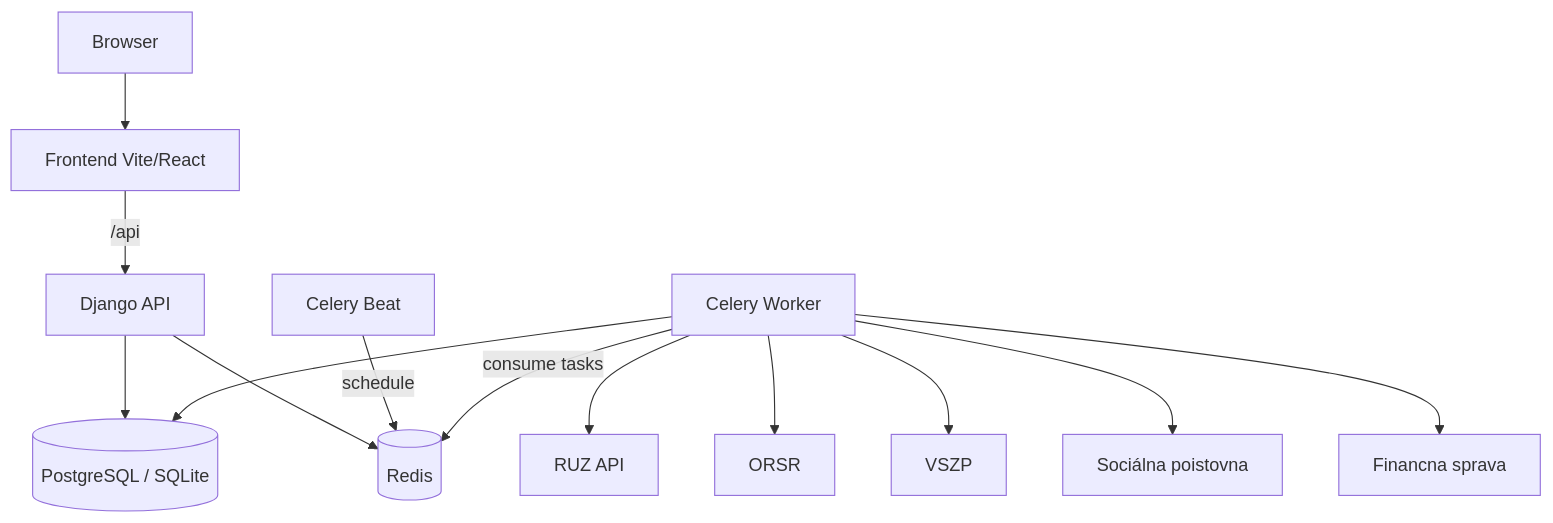
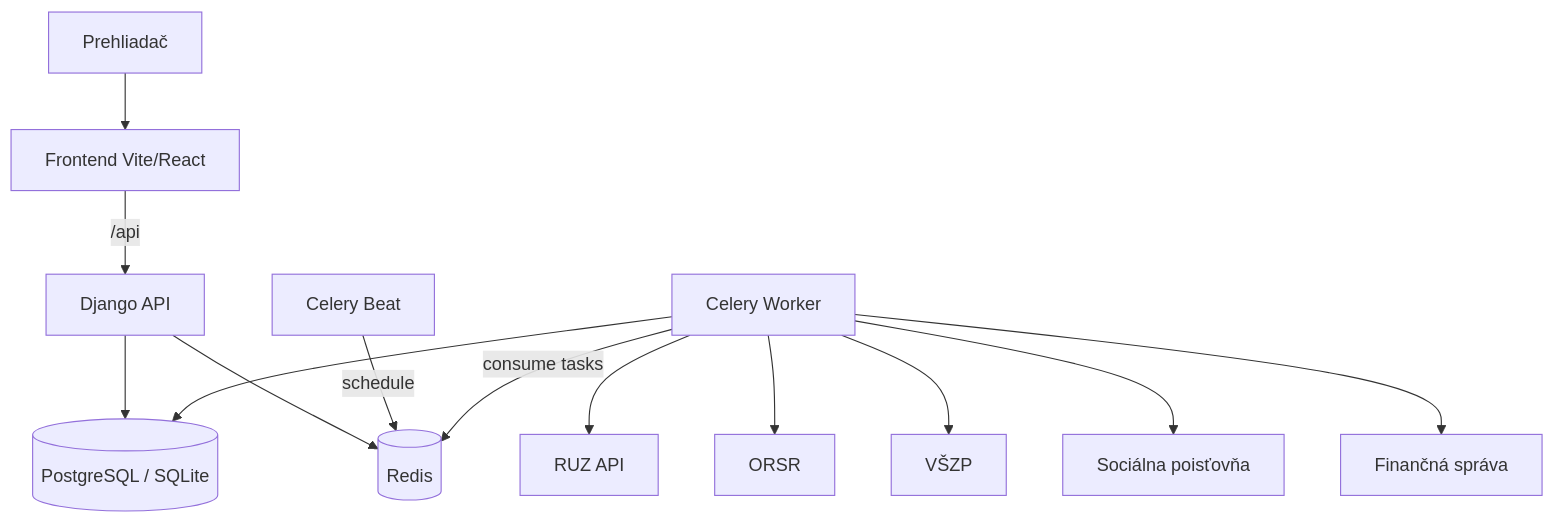
One commit to xsugra/cistafirma.sk changed the first of 2 diagrams in docs/ARCHITECTURE.md. Above: the diagram before and after it, drawn with Mermaid. The commit also changed other lines of this file and 36 other files, not shown here.

````diff
--- a/docs/ARCHITECTURE.md
+++ b/docs/ARCHITECTURE.md
@@ -18,18 +18,18 @@
 ```mermaid
 flowchart TD
-    Browser[Browser] --> Frontend[Frontend Vite/React]
+    Browser[Prehliadač] --> Frontend[Frontend Vite/React]
     Frontend -->|/api| Django[Django API]
 
     Django --> DB[(PostgreSQL / SQLite)]
     Django --> Redis[(Redis)]
 
     Beat[Celery Beat] -->|schedule| Redis
     Worker[Celery Worker] -->|consume tasks| Redis
     Worker --> DB
 
     Worker --> RUZ[RUZ API]
     Worker --> ORSR[ORSR]
-    Worker --> VSZP[VSZP]
-    Worker --> SOC[Sociálna poistovna]
-    Worker --> FS[Financna sprava]
+    Worker --> VSZP[VŠZP]
+    Worker --> SOC[Sociálna poisťovňa]
+    Worker --> FS[Finančná správa]
 ```
````
